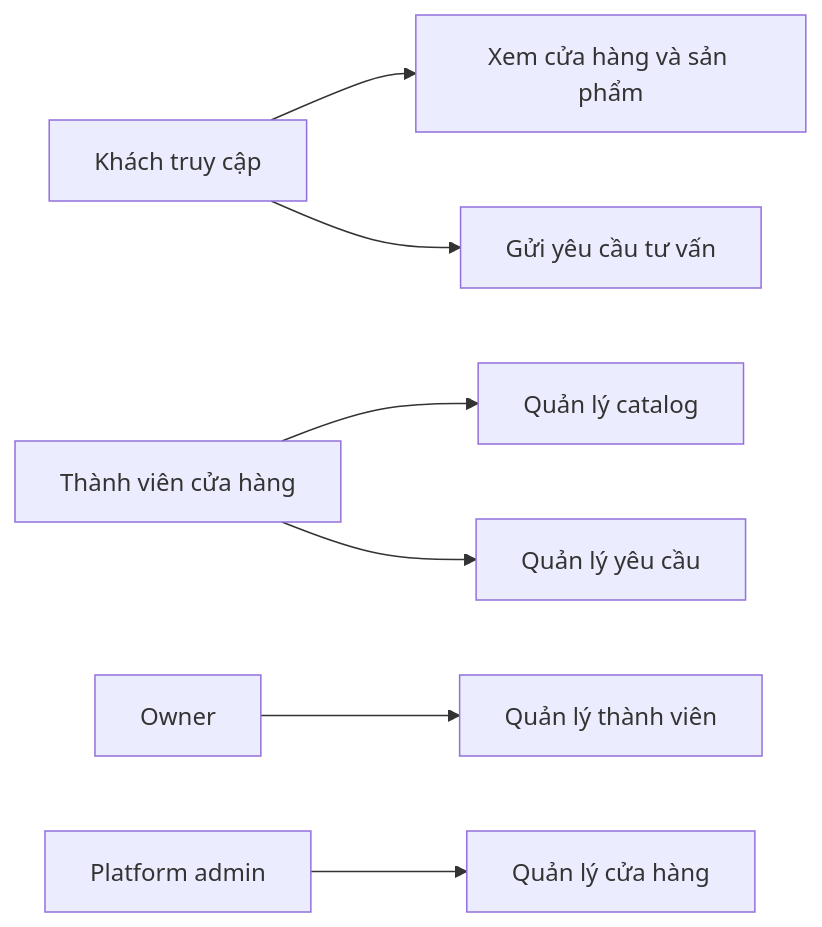
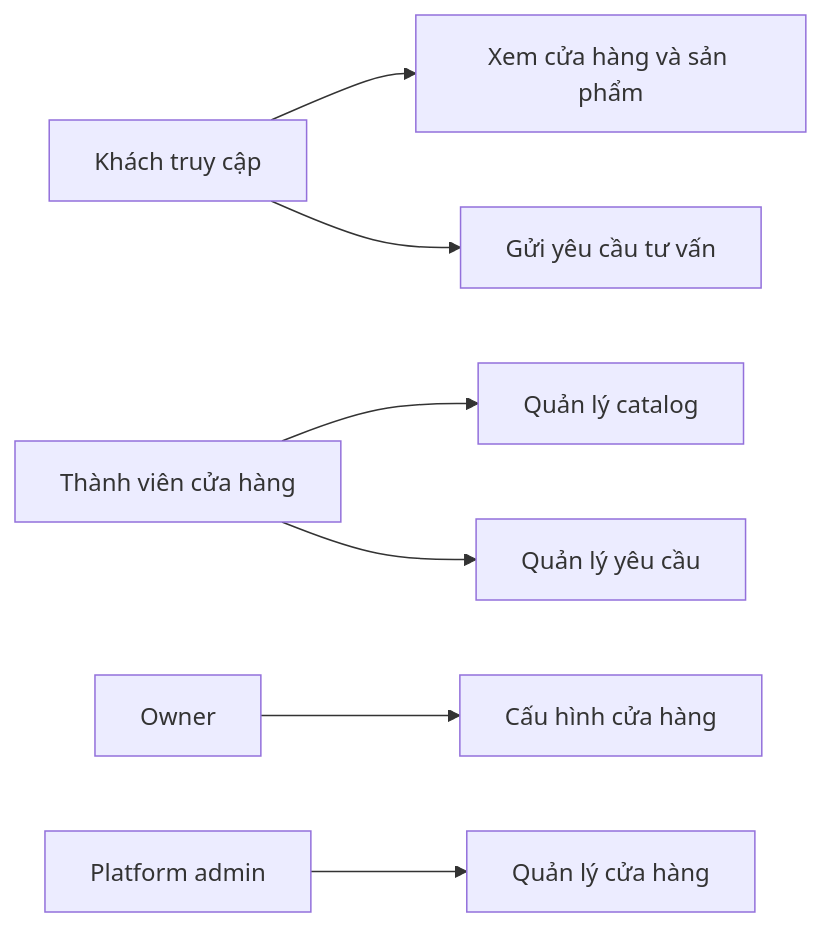
One commit to nguyenhuy238/Home-Hub changed the diagram in docs/02-USE-CASES.md. Above: the diagram before and after it, drawn with Mermaid. The commit also changed other lines of this file and 21 other files, not shown here.

````diff
--- a/docs/02-USE-CASES.md
+++ b/docs/02-USE-CASES.md
@@ -71,9 +84,9 @@
 ```mermaid
 flowchart LR
     Visitor[Khách truy cập] --> Browse[Xem cửa hàng và sản phẩm]
     Visitor --> Contact[Gửi yêu cầu tư vấn]
     StoreUser[Thành viên cửa hàng] --> Catalog[Quản lý catalog]
     StoreUser --> Leads[Quản lý yêu cầu]
-    Owner[Owner] --> Members[Quản lý thành viên]
+    Owner[Owner] --> Settings[Cấu hình cửa hàng]
     PlatformAdmin[Platform admin] --> Stores[Quản lý cửa hàng]
 ```
````
